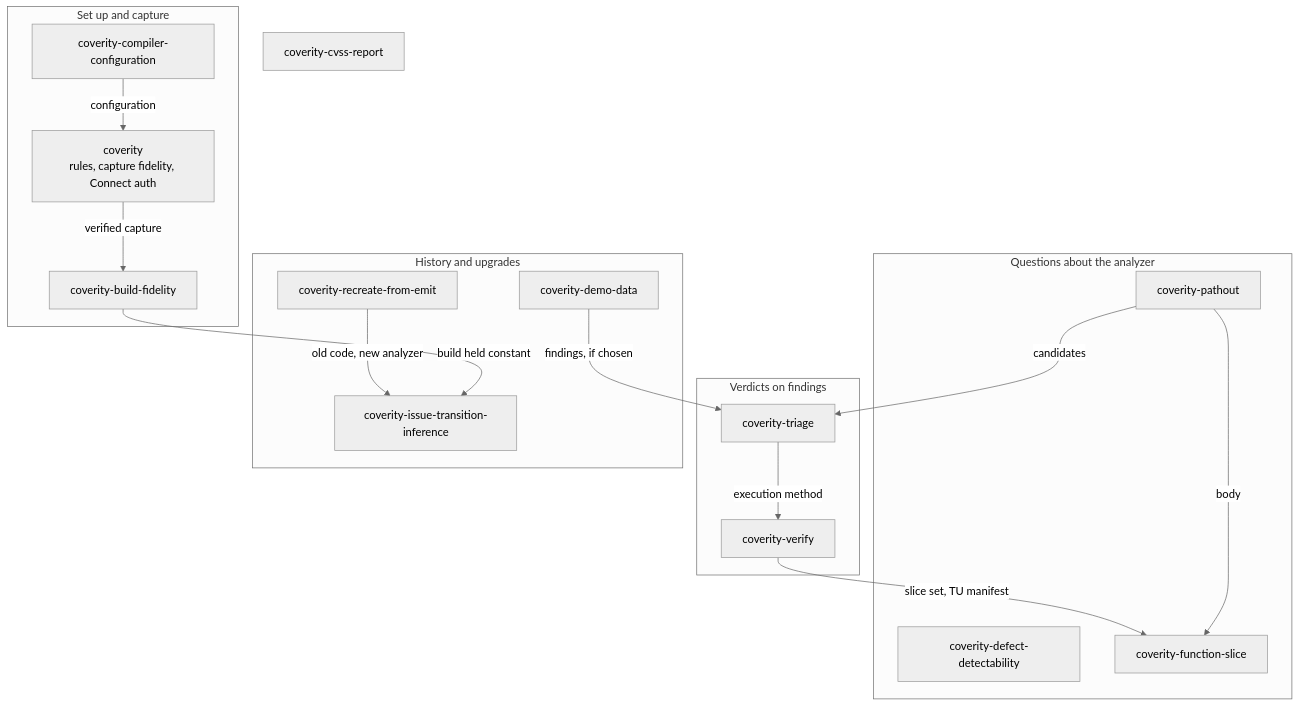
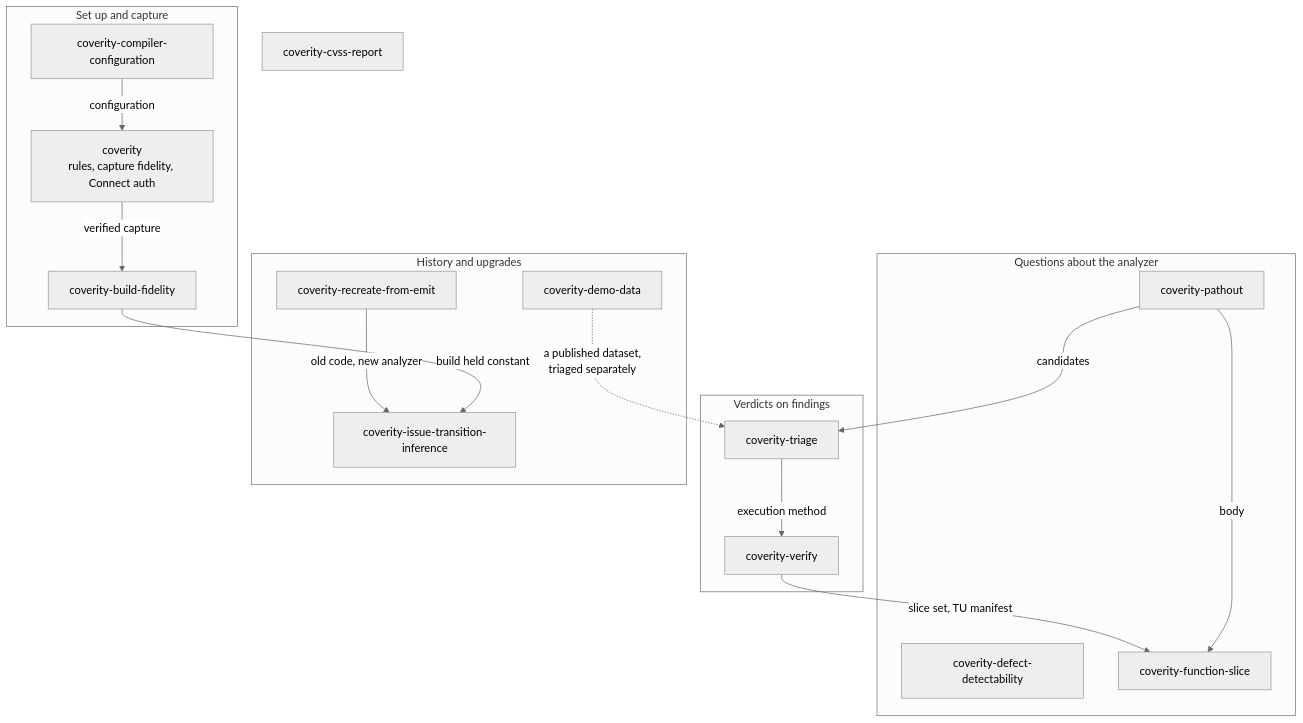
One commit to edtice-goog/CoveritySkills changed the first of 7 diagrams in USE-CASES.md. Above: the diagram before and after it, drawn with Mermaid (neutral theme). The commit also changed other lines of this file, not shown here.

````diff
--- a/USE-CASES.md
+++ b/USE-CASES.md
@@ -11,33 +11,33 @@
 ```mermaid
 flowchart TB
     subgraph setup["Set up and capture"]
         CC["coverity-compiler-configuration"]
         CV["coverity<br/>rules, capture fidelity, Connect auth"]
         BF["coverity-build-fidelity"]
     end
     subgraph analyzer["Questions about the analyzer"]
         DD["coverity-defect-detectability"]
         PO["coverity-pathout"]
         FS["coverity-function-slice"]
     end
     subgraph verdicts["Verdicts on findings"]
         TR["coverity-triage"]
         VE["coverity-verify"]
     end
     subgraph history["History and upgrades"]
         DM["coverity-demo-data"]
         IT["coverity-issue-transition-inference"]
         RE["coverity-recreate-from-emit"]
     end
     CVSS["coverity-cvss-report"]
 
     CC -->|"configuration"| CV
     CV -->|"verified capture"| BF
     PO -->|"body"| FS
     PO -->|"candidates"| TR
-    DM -->|"findings, if chosen"| TR
+    DM -.->|"a published dataset,<br/>triaged separately"| TR
     TR -->|"execution method"| VE
     VE -->|"slice set, TU manifest"| FS
     BF -->|"build held constant"| IT
     RE -->|"old code, new analyzer"| IT
 ```
````
